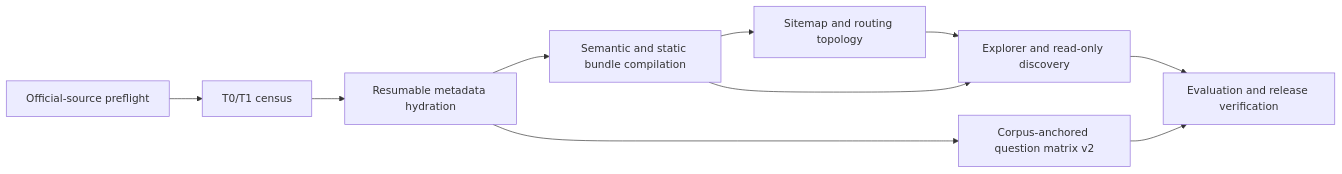
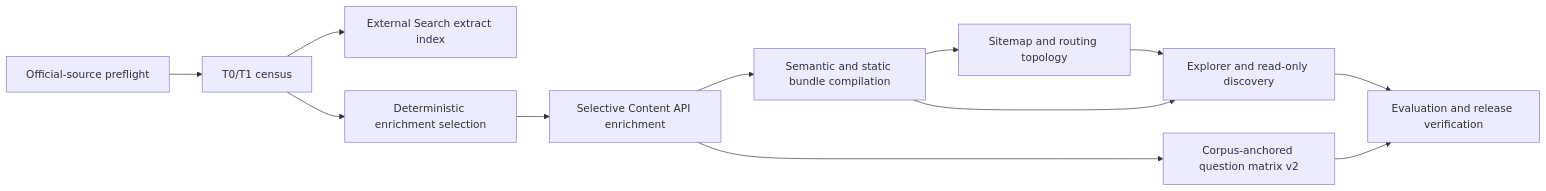
The first of 2 diagrams in docs/architecture.md (chris-page-gov/okf-govuk-content), drawn with Mermaid before and after one commit. The commit also changed other lines of this file and 46 other files, not shown here.

````diff
--- a/docs/architecture.md
+++ b/docs/architecture.md
@@ -9,12 +9,14 @@
 ```mermaid
 flowchart LR
   A["Official-source preflight"] --> B["T0/T1 census"]
-  B --> C["Resumable metadata hydration"]
+  B --> X["External Search extract index"]
+  B --> P["Deterministic enrichment selection"]
+  P --> C["Selective Content API enrichment"]
   C --> D["Semantic and static bundle compilation"]
   D --> S["Sitemap and routing topology"]
   S --> E["Explorer and read-only discovery"]
   D --> E
   C --> Q["Corpus-anchored question matrix v2"]
   E --> R["Evaluation and release verification"]
   Q --> R
 ```
````
